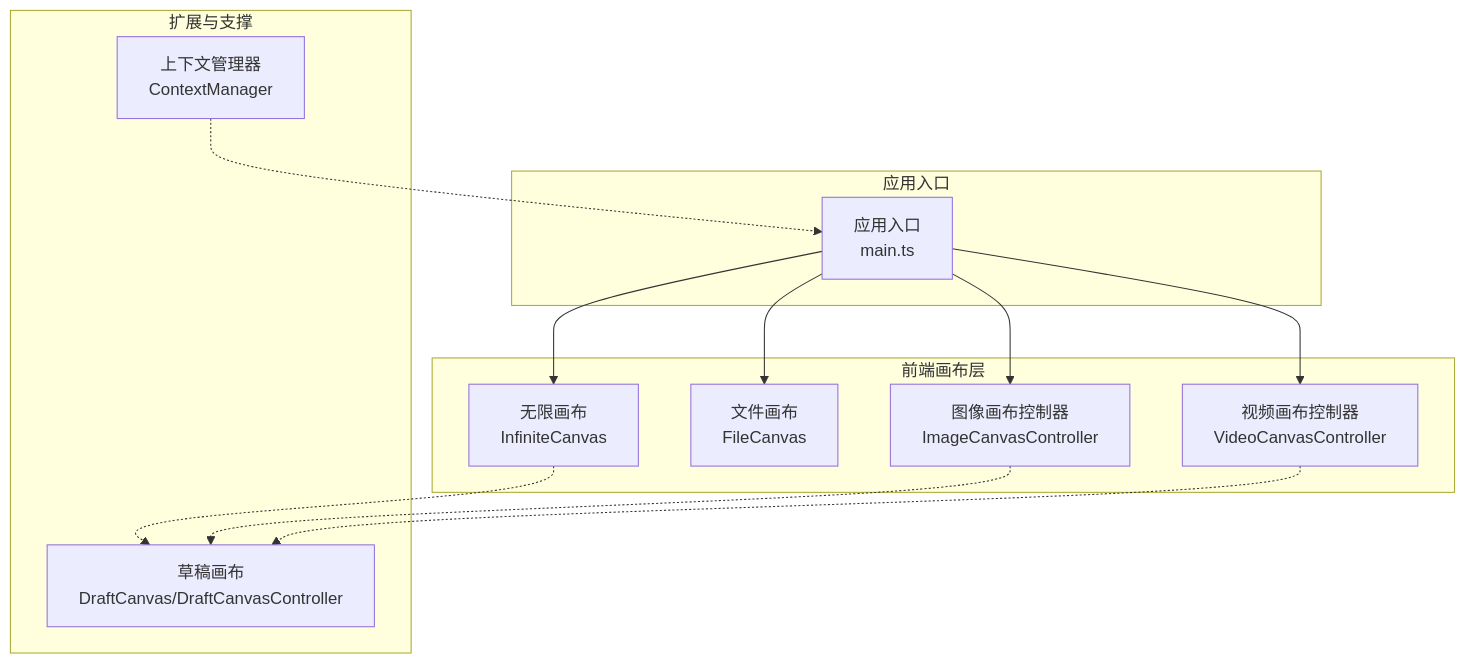
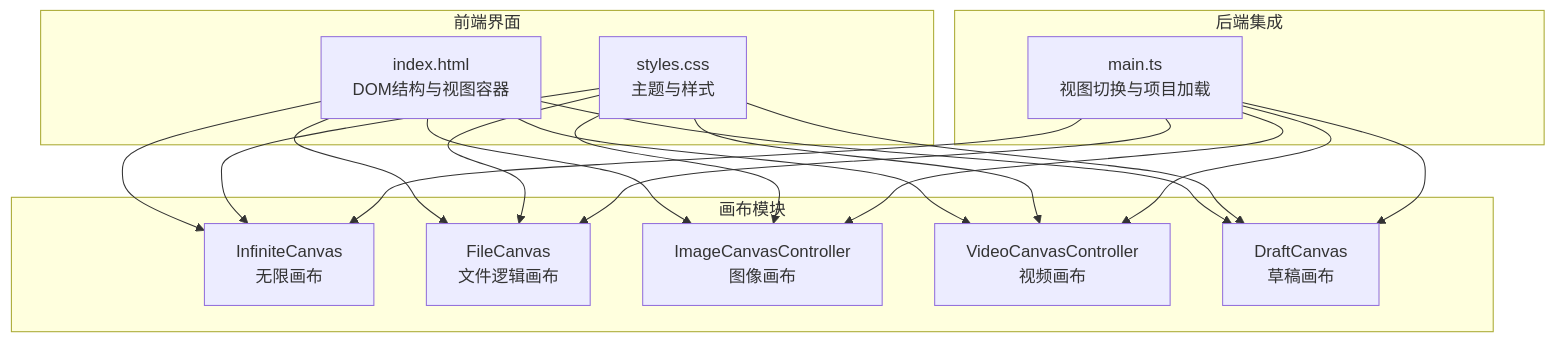
Before and after one commit to 2025ppo/aqw: the first of 8 diagrams in .qoder/repowiki/zh/content/UI组件系统/画布系统.md, drawn with Mermaid. The commit also changed other lines of this file and 224 other files, not shown here.

````diff
--- a/.qoder/repowiki/zh/content/UI组件系统/画布系统.md
+++ b/.qoder/repowiki/zh/content/UI组件系统/画布系统.md
@@ -36,24 +38,32 @@
 ```mermaid
 graph TB
-subgraph "前端画布层"
-IC["无限画布<br/>InfiniteCanvas"]
-FC["文件画布<br/>FileCanvas"]
-IMC["图像画布控制器<br/>ImageCanvasController"]
-VCC["视频画布控制器<br/>VideoCanvasController"]
+subgraph "前端界面"
+HTML["index.html<br/>DOM结构与视图容器"]
+Styles["styles.css<br/>主题与样式"]
 end
-subgraph "应用入口"
-MAIN["应用入口<br/>main.ts"]
+subgraph "画布模块"
+IC["InfiniteCanvas<br/>无限画布"]
+FC["FileCanvas<br/>文件逻辑画布"]
+IMG["ImageCanvasController<br/>图像画布"]
+VID["VideoCanvasController<br/>视频画布"]
+DFT["DraftCanvas<br/>草稿画布"]
 end
-subgraph "扩展与支撑"
-DFT["草稿画布<br/>DraftCanvas/DraftCanvasController"]
-CM["上下文管理器<br/>ContextManager"]
+subgraph "后端集成"
+MAIN["main.ts<br/>视图切换与项目加载"]
 end
+HTML --> IC
+HTML --> FC
+HTML --> IMG
+HTML --> VID
+HTML --> DFT
+Styles --> IC
+Styles --> FC
+Styles --> IMG
+Styles --> VID
+Styles --> DFT
 MAIN --> IC
 MAIN --> FC
-MAIN --> IMC
-MAIN --> VCC
-IC -.-> DFT
-IMC -.-> DFT
-VCC -.-> DFT
-CM -.-> MAIN
+MAIN --> IMG
+MAIN --> VID
+MAIN --> DFT
 ```
````
